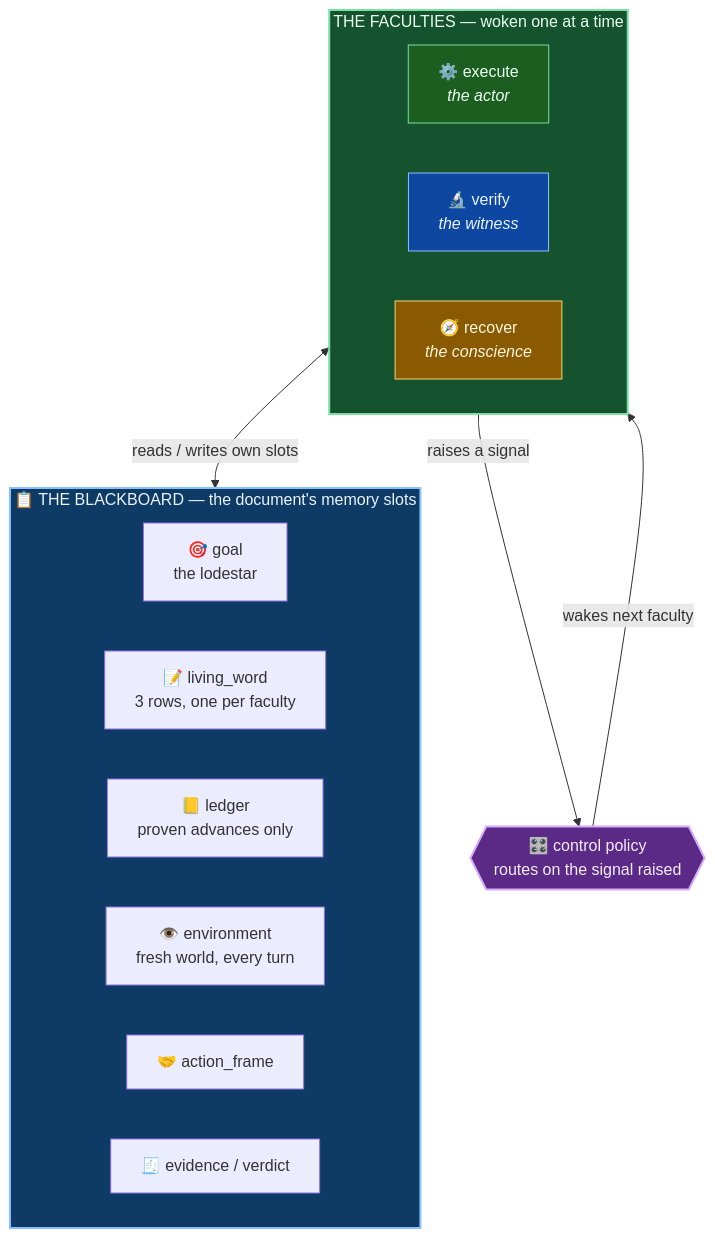
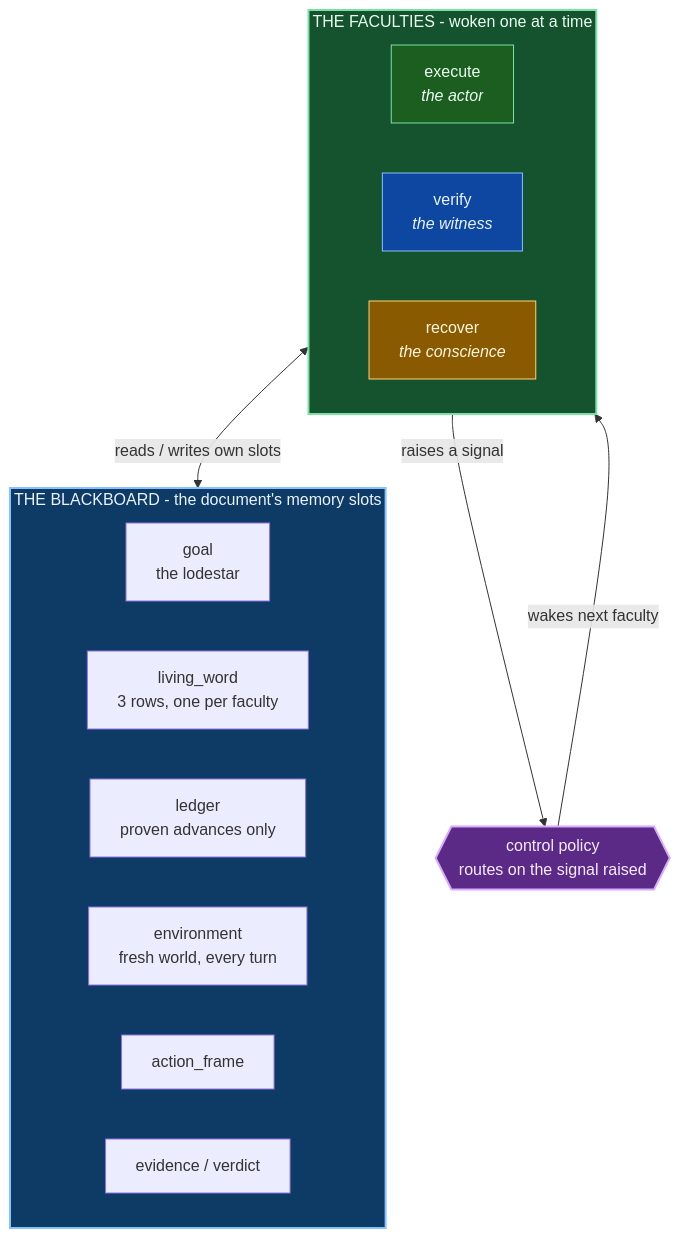
One commit to wgabrys88/endgame-ai changed the second of 17 diagrams in README.md. Above: the diagram before and after it, drawn with Mermaid. The commit also changed other lines of this file, not shown here.

````diff
--- a/README.md
+++ b/README.md
@@ -88,32 +88,32 @@
 ```mermaid
 flowchart TB
-    subgraph BB["📋 THE BLACKBOARD — the document's memory slots"]
+    subgraph BB["THE BLACKBOARD - the document's memory slots"]
         direction LR
-        G["🎯 goal<br/>the lodestar"]
-        LW["📝 living_word<br/>3 rows, one per faculty"]
-        LED["📒 ledger<br/>proven advances only"]
-        ENV["👁️ environment<br/>fresh world, every turn"]
-        AF["🤝 action_frame"]
-        EV["🧾 evidence / verdict"]
+        G["goal<br/>the lodestar"]
+        LW["living_word<br/>3 rows, one per faculty"]
+        LED["ledger<br/>proven advances only"]
+        ENV["environment<br/>fresh world, every turn"]
+        AF["action_frame"]
+        EV["evidence / verdict"]
     end
 
-    subgraph FAC["THE FACULTIES — woken one at a time"]
+    subgraph FAC["THE FACULTIES - woken one at a time"]
         direction LR
-        EX["⚙️ execute<br/><i>the actor</i>"]
-        VE["🔬 verify<br/><i>the witness</i>"]
-        RE["🧭 recover<br/><i>the conscience</i>"]
+        EX["execute<br/><i>the actor</i>"]
+        VE["verify<br/><i>the witness</i>"]
+        RE["recover<br/><i>the conscience</i>"]
     end
 
-    CTRL{{"🎛️ control policy<br/>routes on the signal raised"}}
+    CTRL{{"control policy<br/>routes on the signal raised"}}
 
     FAC <-->|reads / writes own slots| BB
     FAC -->|raises a signal| CTRL
     CTRL -->|wakes next faculty| FAC
 
     style BB fill:#0d3b66,stroke:#87c1ff,stroke-width:2px,color:#eaf3ff
     style FAC fill:#14532d,stroke:#7be0a6,stroke-width:2px,color:#eafff2
     style CTRL fill:#5b2a86,stroke:#d7a9ff,stroke-width:2px,color:#f6ecff
     style EX fill:#1b5e20,stroke:#7be0a6,color:#eafff2
     style VE fill:#0d47a1,stroke:#87c1ff,color:#eaf3ff
     style RE fill:#8a5a00,stroke:#ffd479,color:#fff6e0
 ```
````
